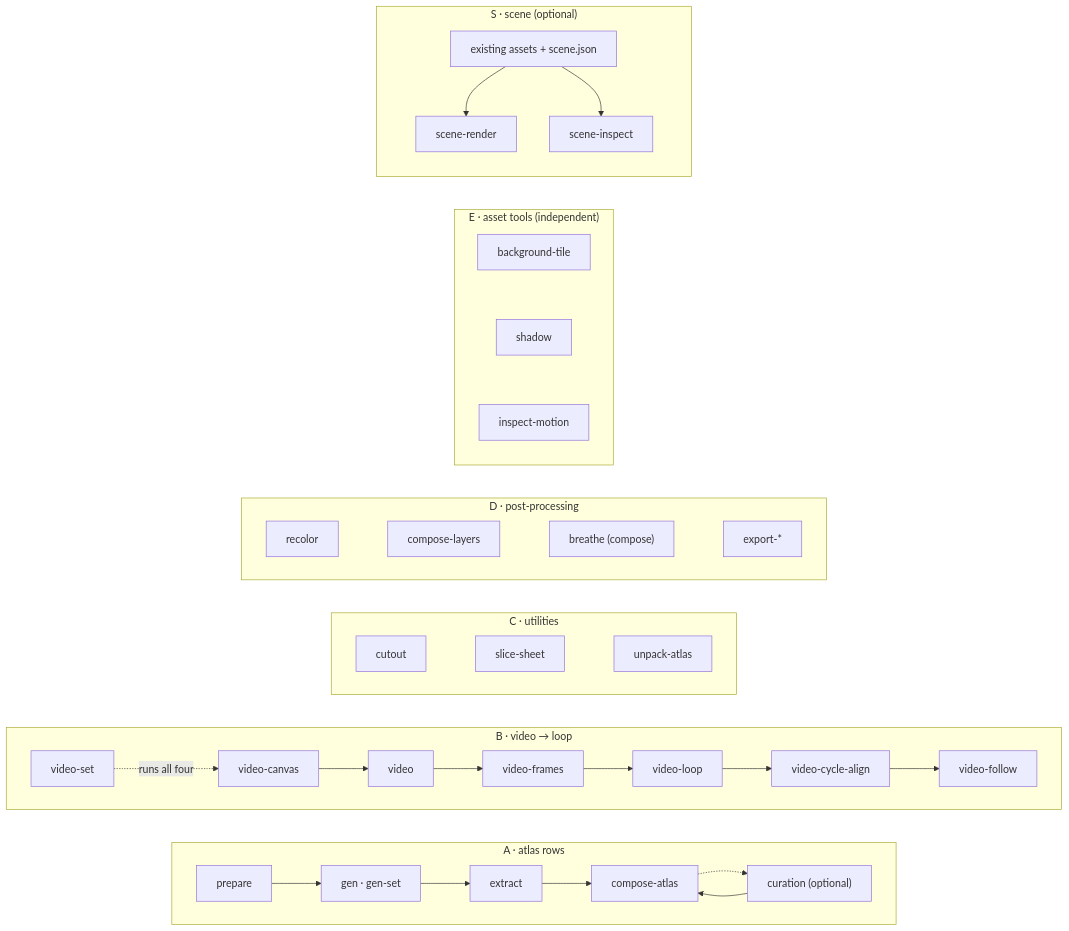
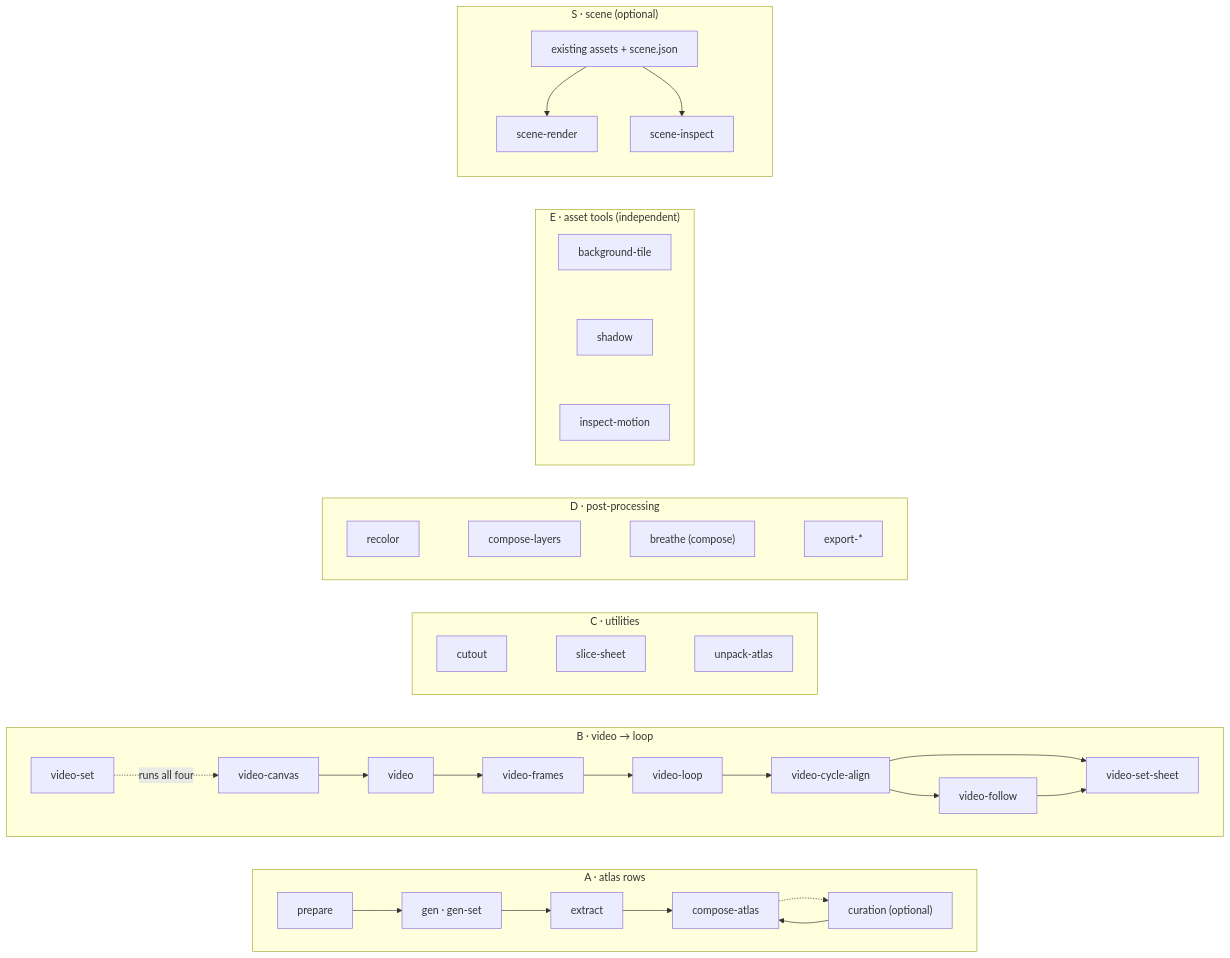
Before and after one commit to gabrielmoreira/agent-skills-mirror: the diagram in mirrors/repos/aldegad@sprite-gen/docs/README.md, drawn with Mermaid. The commit also changed other lines of this file and 2127 other files, not shown here.

````diff
--- a/mirrors/repos/aldegad@sprite-gen/docs/README.md
+++ b/mirrors/repos/aldegad@sprite-gen/docs/README.md
@@ -7,30 +7,32 @@
 ```mermaid
 flowchart LR
     subgraph A["A · atlas rows"]
         direction LR
         a1[prepare] --> a2["gen · gen-set"] --> a3[extract] --> a5[compose-atlas]
         a5 -.-> a4["curation (optional)"]
         a4 --> a5
     end
     subgraph B["B · video → loop"]
         direction LR
         b1[video-canvas] --> b2[video] --> b3[video-frames] --> b4[video-loop]
         b5[video-set] -.runs all four.-> b1
         b4 --> b6[video-cycle-align] --> b7[video-follow]
+        b6 --> b8[video-set-sheet]
+        b7 --> b8
     end
     subgraph C["C · utilities"]
         direction LR
         c1[cutout] ~~~ c2[slice-sheet] ~~~ c3[unpack-atlas]
     end
     subgraph D["D · post-processing"]
         direction LR
         d1[recolor] ~~~ d2[compose-layers] ~~~ d3["breathe (compose)"] ~~~ d4[export-*]
     end
     subgraph E["E · asset tools (independent)"]
         e1[background-tile] ~~~ e2[shadow] ~~~ e3[inspect-motion]
     end
     subgraph S["S · scene (optional)"]
         s1["existing assets + scene.json"] --> s2[scene-render]
         s1 --> s3[scene-inspect]
     end
 ```
````
